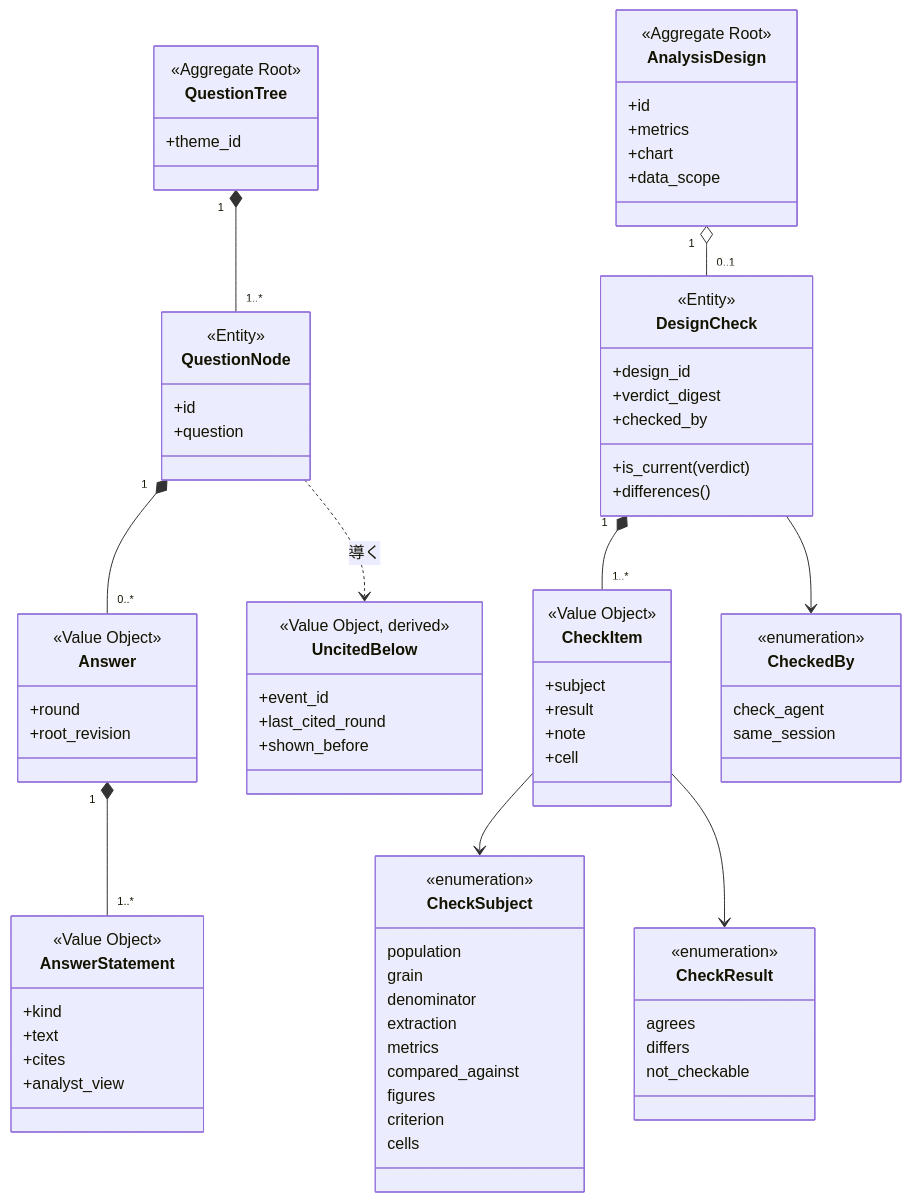
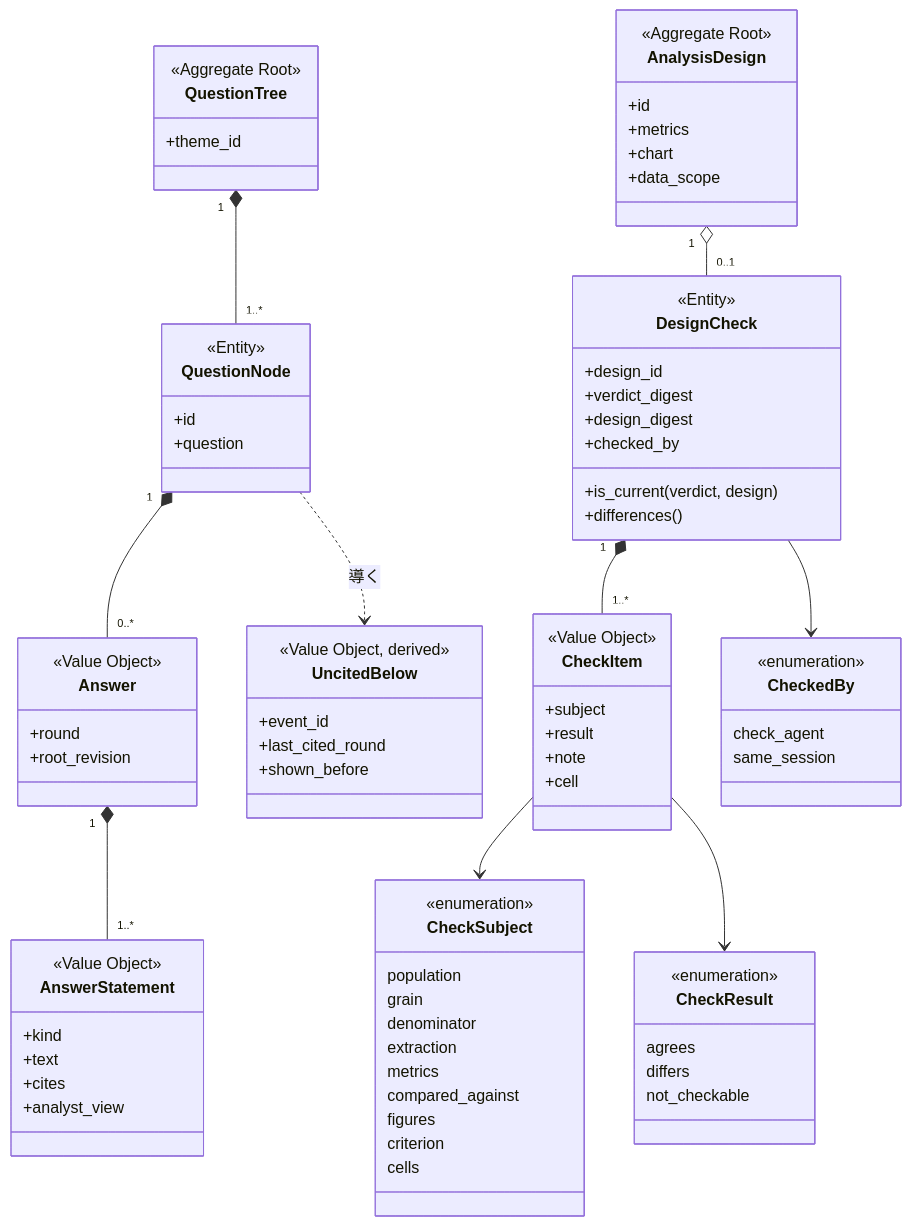
The second of 5 diagrams in docs/design/epic-36-before-the-analyst-answers.md (etoyama/insight-blueprint-skills), drawn with Mermaid before and after one commit. The commit also changed other lines of this file and 8 other files, not shown here.

```diff
--- a/docs/design/epic-36-before-the-analyst-answers.md
+++ b/docs/design/epic-36-before-the-analyst-answers.md
@@ -359,8 +360,9 @@
         <<Entity>>
         +design_id
         +verdict_digest
+        +design_digest
         +checked_by
-        +is_current(verdict)
+        +is_current(verdict, design)
         +differences()
     }
     class CheckItem {
```
